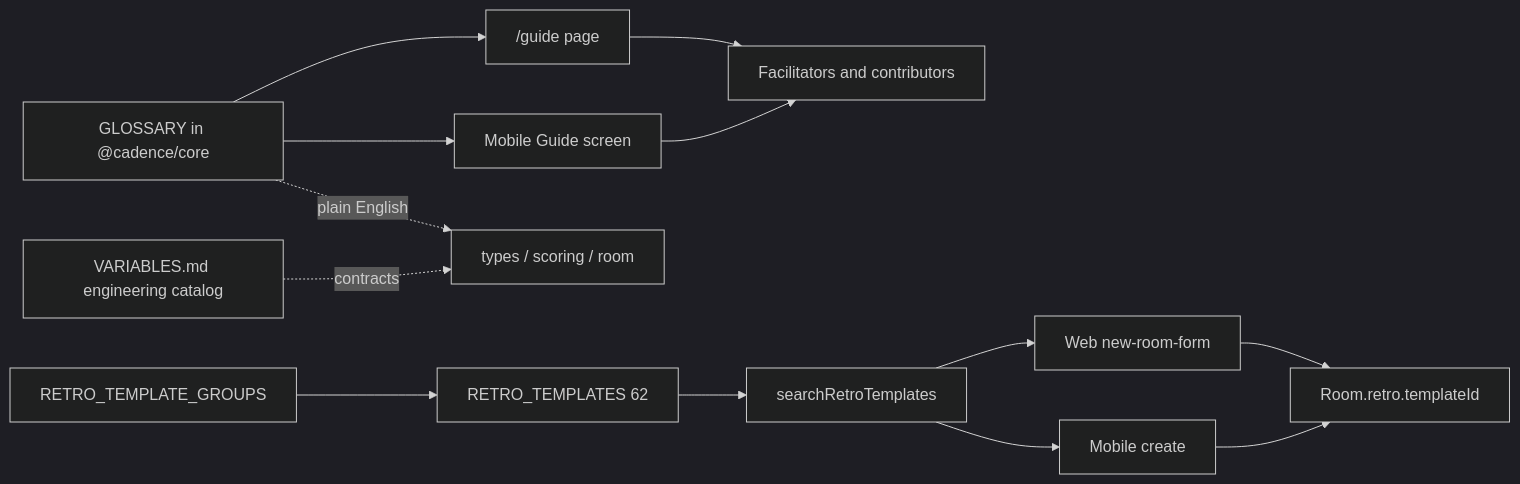
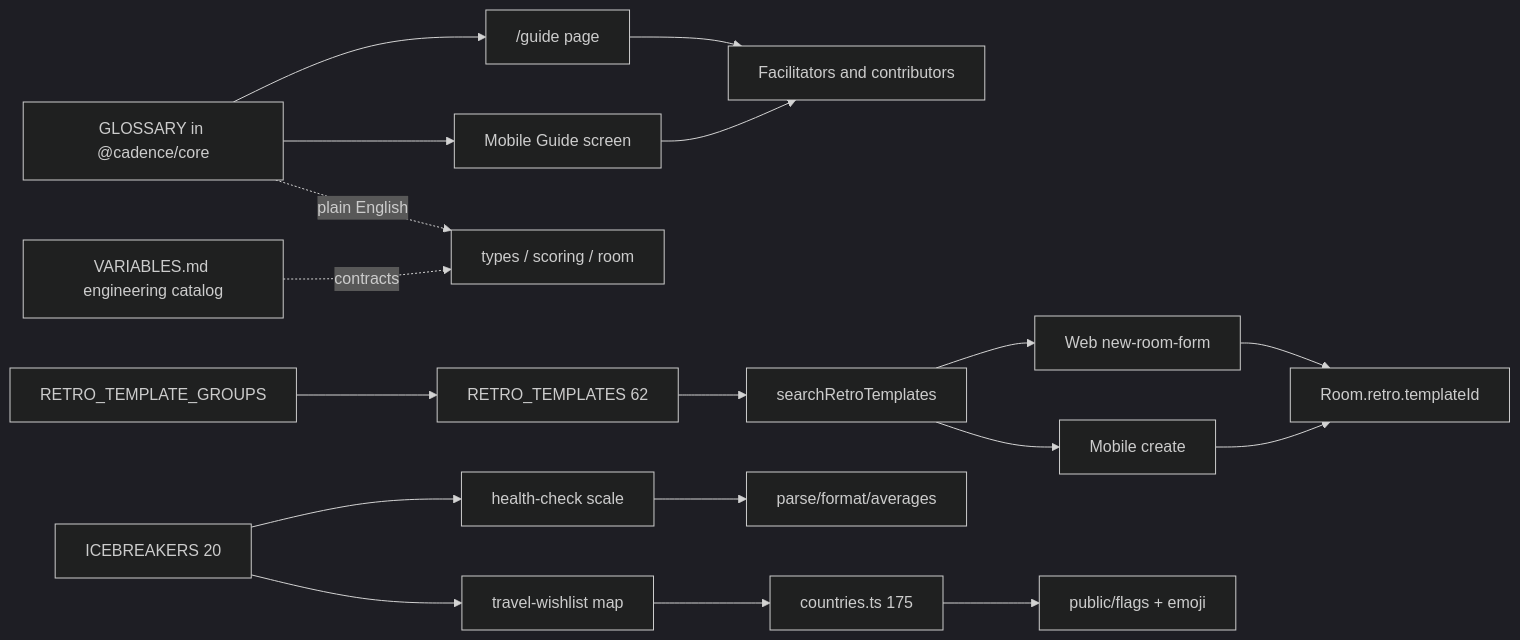
The third of 3 diagrams in docs/VARIABLES.md (RifqiMT/pm-collaboration), drawn with Mermaid (dark theme) before and after one commit. The commit also changed other lines of this file and 207 other files, not shown here.

First line of the commit message:
Add Health Check and Travel Wishlist icebreakers with map and flags.

````diff
--- a/docs/VARIABLES.md
+++ b/docs/VARIABLES.md
@@ -391,15 +411,20 @@
 ```mermaid
 flowchart LR
   GLOSSARY[GLOSSARY in @cadence/core] --> WebGuide["/guide page"]
   GLOSSARY --> MobileGuide[Mobile Guide screen]
   WebGuide --> Users[Facilitators and contributors]
   MobileGuide --> Users
   VARIABLES[VARIABLES.md engineering catalog] -.->|contracts| CoreCode[types / scoring / room]
   GLOSSARY -.->|plain English| CoreCode
   Shelves[RETRO_TEMPLATE_GROUPS] --> Templates[RETRO_TEMPLATES 62]
   Templates --> Search[searchRetroTemplates]
   Search --> WebCreate[Web new-room-form]
   Search --> MobileCreate[Mobile create]
   WebCreate --> templateId[Room.retro.templateId]
   MobileCreate --> templateId
+  ICEBREAKERS[ICEBREAKERS 20] --> Scale[health-check scale]
+  ICEBREAKERS --> MapMode[travel-wishlist map]
+  Scale --> HealthFns[parse/format/averages]
+  MapMode --> Countries[countries.ts 175]
+  Countries --> Flags[public/flags + emoji]
 ```
````
